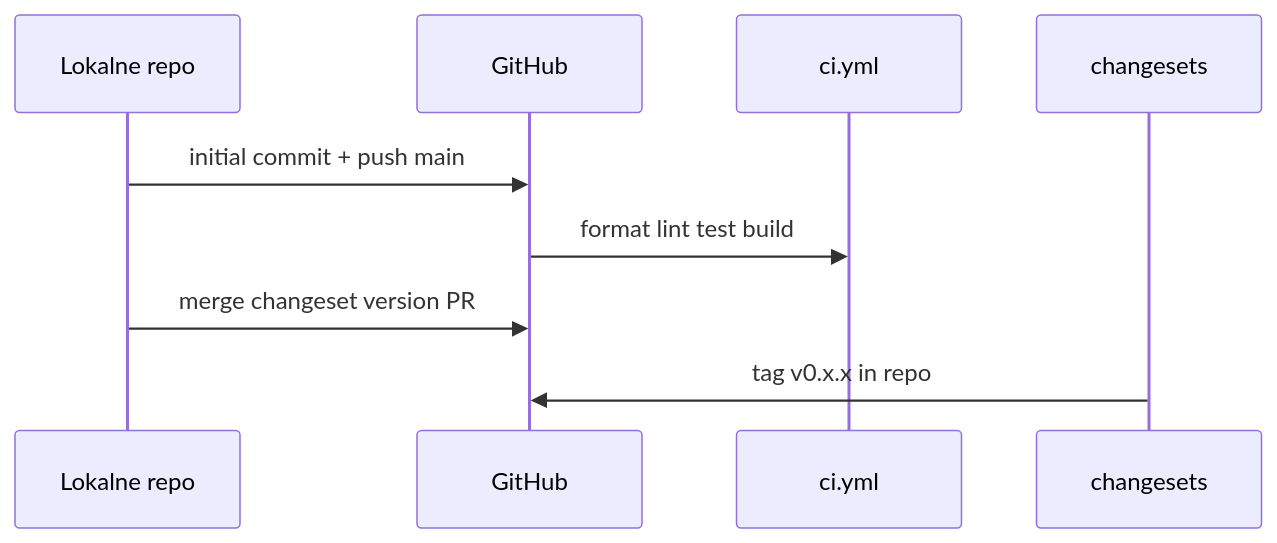
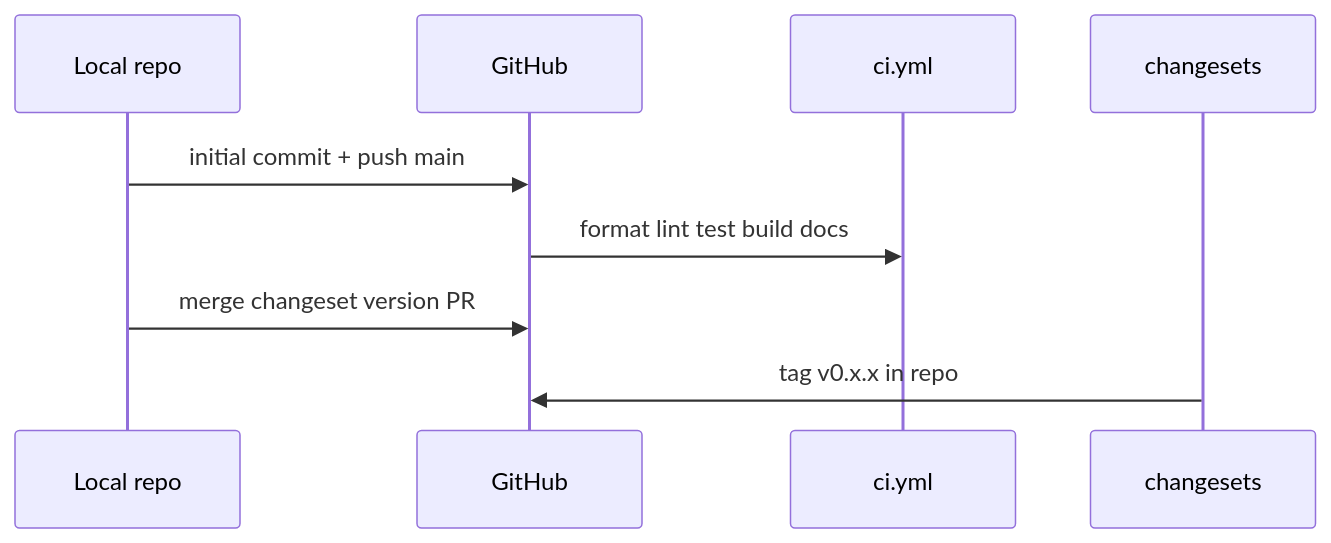
The fourth of 5 diagrams in apps/docs/src/content/docs/project/monorepo-ci.md (kacperpaczos/Awesome-Pushup-Standards), drawn with Mermaid before and after one commit. The commit also changed other lines of this file and 1 other file, not shown here.

````diff
--- a/apps/docs/src/content/docs/project/monorepo-ci.md
+++ b/apps/docs/src/content/docs/project/monorepo-ci.md
@@ -140,11 +141,11 @@
 ```mermaid
 sequenceDiagram
-  participant Local as Lokalne repo
+  participant Local as Local repo
   participant GH as GitHub
   participant CI as ci.yml
   participant CS as changesets
   Local->>GH: initial commit + push main
-  GH->>CI: format lint test build
+  GH->>CI: format lint test build docs
   Local->>GH: merge changeset version PR
   CS->>GH: tag v0.x.x in repo
 ```
````
